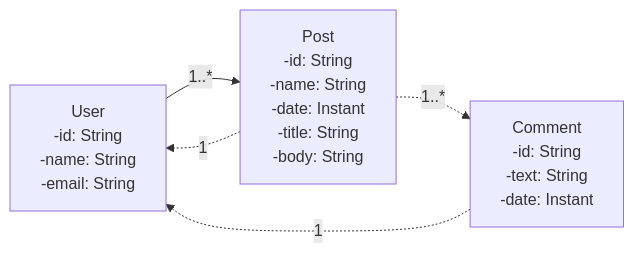
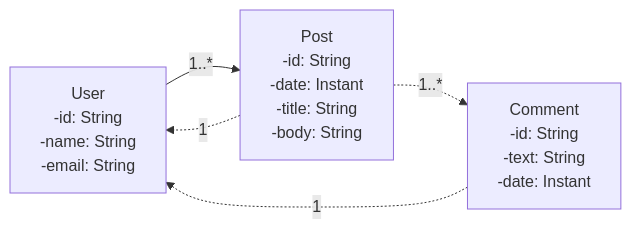
One commit to do5-5anto5/spring-boot-mongodb changed the diagram in README.md. Above: the diagram before and after it, drawn with Mermaid. The commit also changed 3 other files, not shown here.

````diff
--- a/README.md
+++ b/README.md
@@ -4,11 +4,11 @@
 ```mermaid
 graph LR
   User["User<br/>-id: String<br/>-name: String<br/>-email: String"]
-  Post["Post<br/>-id: String<br/>-name: String<br/>-date: Instant<br/>-title: String<br/>-body: String"]
+  Post["Post<br/>-id: String<br/>-date: Instant<br/>-title: String<br/>-body: String"]
   Comment["Comment<br/>-id: String<br/>-text: String<br/>-date: Instant"]
 
   User --> |1..*| Post
   Post -.->|1..*| Comment
   Post -.->|1| User
   Comment -.->|1| User
 ```
````
